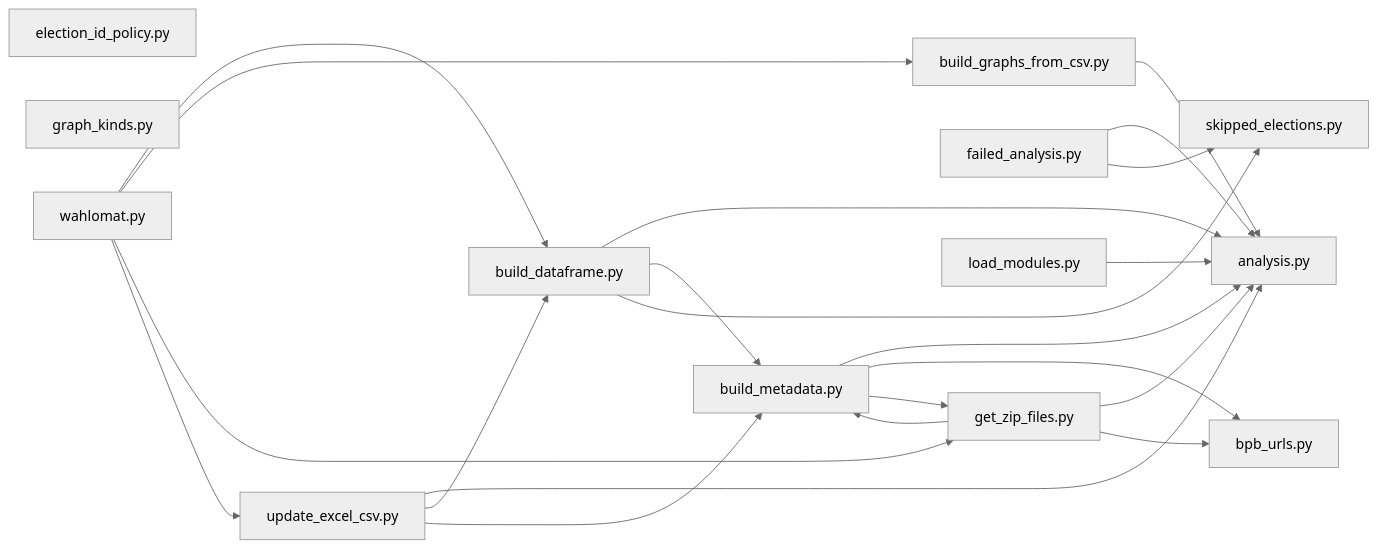
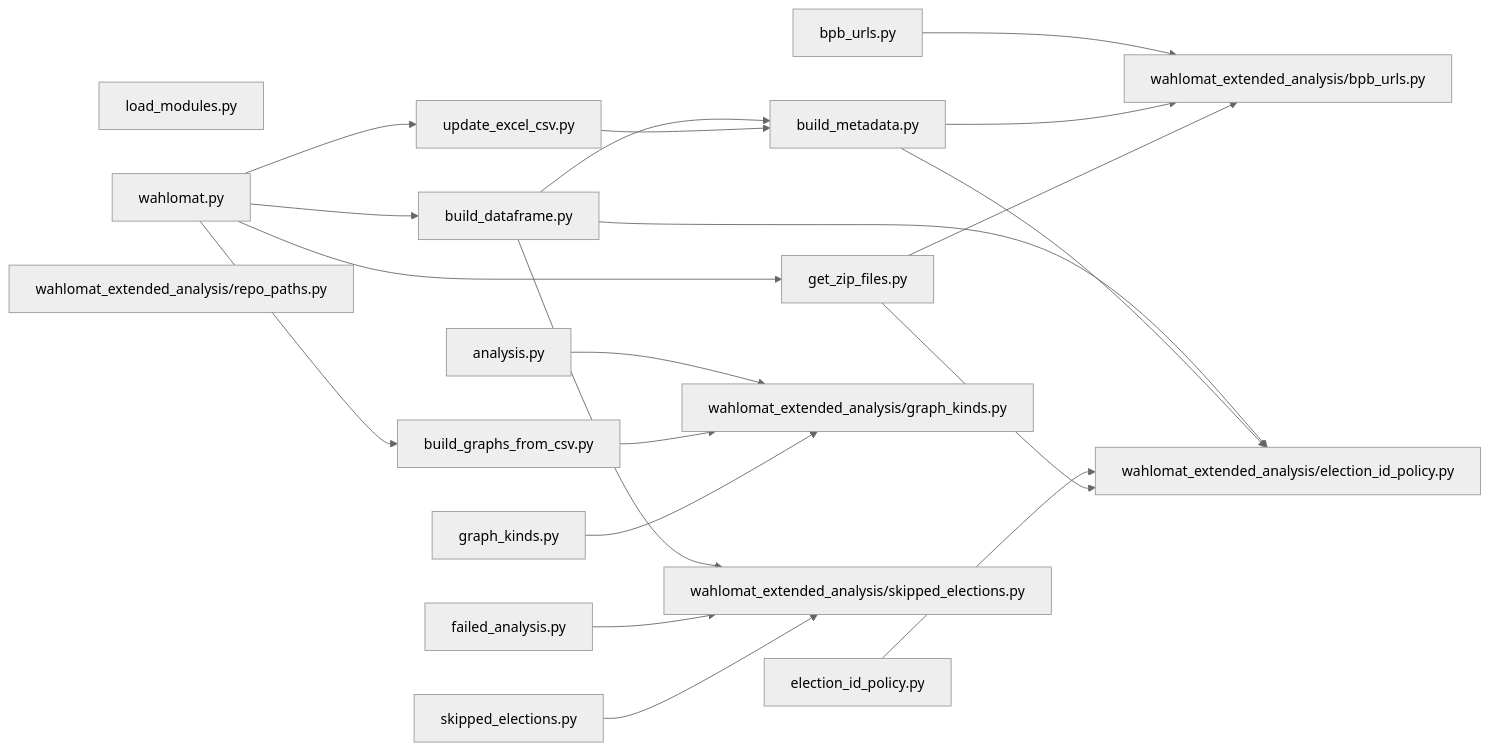
The second of 2 diagrams in docs/ARCHITECTURE.md (skbormann/wahlomat-extended-analysis), drawn with Mermaid (neutral theme) before and after one commit. The commit also changed 5 other files, not shown here.

````diff
--- a/docs/ARCHITECTURE.md
+++ b/docs/ARCHITECTURE.md
@@ -57,36 +57,40 @@
 ```mermaid
 flowchart LR
   m_analysis["analysis.py"]
   m_bpb_urls["bpb_urls.py"]
   m_build_dataframe["build_dataframe.py"]
   m_build_graphs_from_csv["build_graphs_from_csv.py"]
   m_build_metadata["build_metadata.py"]
   m_election_id_policy["election_id_policy.py"]
   m_failed_analysis["failed_analysis.py"]
   m_get_zip_files["get_zip_files.py"]
   m_graph_kinds["graph_kinds.py"]
   m_load_modules["load_modules.py"]
   m_skipped_elections["skipped_elections.py"]
   m_update_excel_csv["update_excel_csv.py"]
   m_wahlomat["wahlomat.py"]
-  m_build_dataframe --> m_analysis
+  m_wahlomat_extended_analysis_bpb_urls["wahlomat_extended_analysis/bpb_urls.py"]
+  m_wahlomat_extended_analysis_election_id_policy["wahlomat_extended_analysis/election_id_policy.py"]
+  m_wahlomat_extended_analysis_graph_kinds["wahlomat_extended_analysis/graph_kinds.py"]
+  m_wahlomat_extended_analysis_repo_paths["wahlomat_extended_analysis/repo_paths.py"]
+  m_wahlomat_extended_analysis_skipped_elections["wahlomat_extended_analysis/skipped_elections.py"]
+  m_analysis --> m_wahlomat_extended_analysis_graph_kinds
+  m_bpb_urls --> m_wahlomat_extended_analysis_bpb_urls
   m_build_dataframe --> m_build_metadata
-  m_build_dataframe --> m_skipped_elections
-  m_build_graphs_from_csv --> m_analysis
-  m_build_metadata --> m_analysis
-  m_build_metadata --> m_bpb_urls
-  m_build_metadata --> m_get_zip_files
-  m_failed_analysis --> m_analysis
-  m_failed_analysis --> m_skipped_elections
-  m_get_zip_files --> m_analysis
-  m_get_zip_files --> m_bpb_urls
-  m_get_zip_files --> m_build_metadata
-  m_load_modules --> m_analysis
-  m_update_excel_csv --> m_analysis
-  m_update_excel_csv --> m_build_dataframe
+  m_build_dataframe --> m_wahlomat_extended_analysis_election_id_policy
+  m_build_dataframe --> m_wahlomat_extended_analysis_skipped_elections
+  m_build_graphs_from_csv --> m_wahlomat_extended_analysis_graph_kinds
+  m_build_metadata --> m_wahlomat_extended_analysis_bpb_urls
+  m_build_metadata --> m_wahlomat_extended_analysis_election_id_policy
+  m_election_id_policy --> m_wahlomat_extended_analysis_election_id_policy
+  m_failed_analysis --> m_wahlomat_extended_analysis_skipped_elections
+  m_get_zip_files --> m_wahlomat_extended_analysis_bpb_urls
+  m_get_zip_files --> m_wahlomat_extended_analysis_election_id_policy
+  m_graph_kinds --> m_wahlomat_extended_analysis_graph_kinds
+  m_skipped_elections --> m_wahlomat_extended_analysis_skipped_elections
   m_update_excel_csv --> m_build_metadata
   m_wahlomat --> m_build_dataframe
   m_wahlomat --> m_build_graphs_from_csv
   m_wahlomat --> m_get_zip_files
   m_wahlomat --> m_update_excel_csv
 ```
````
